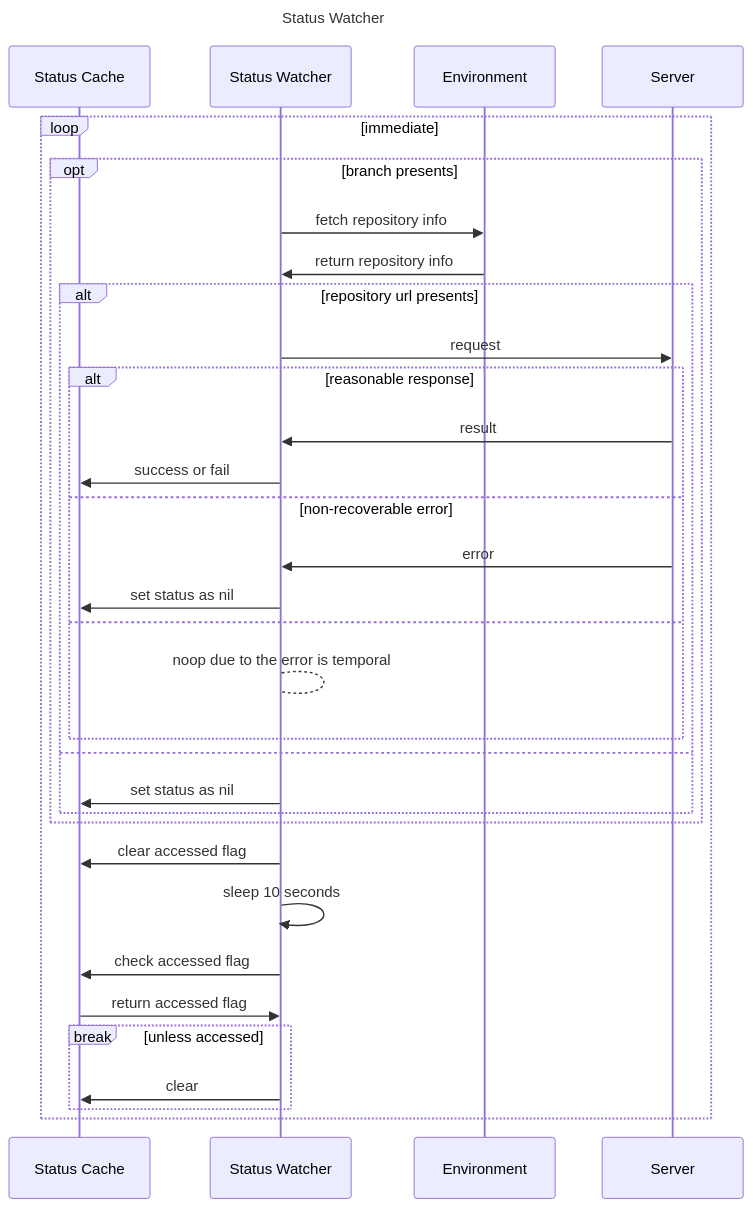
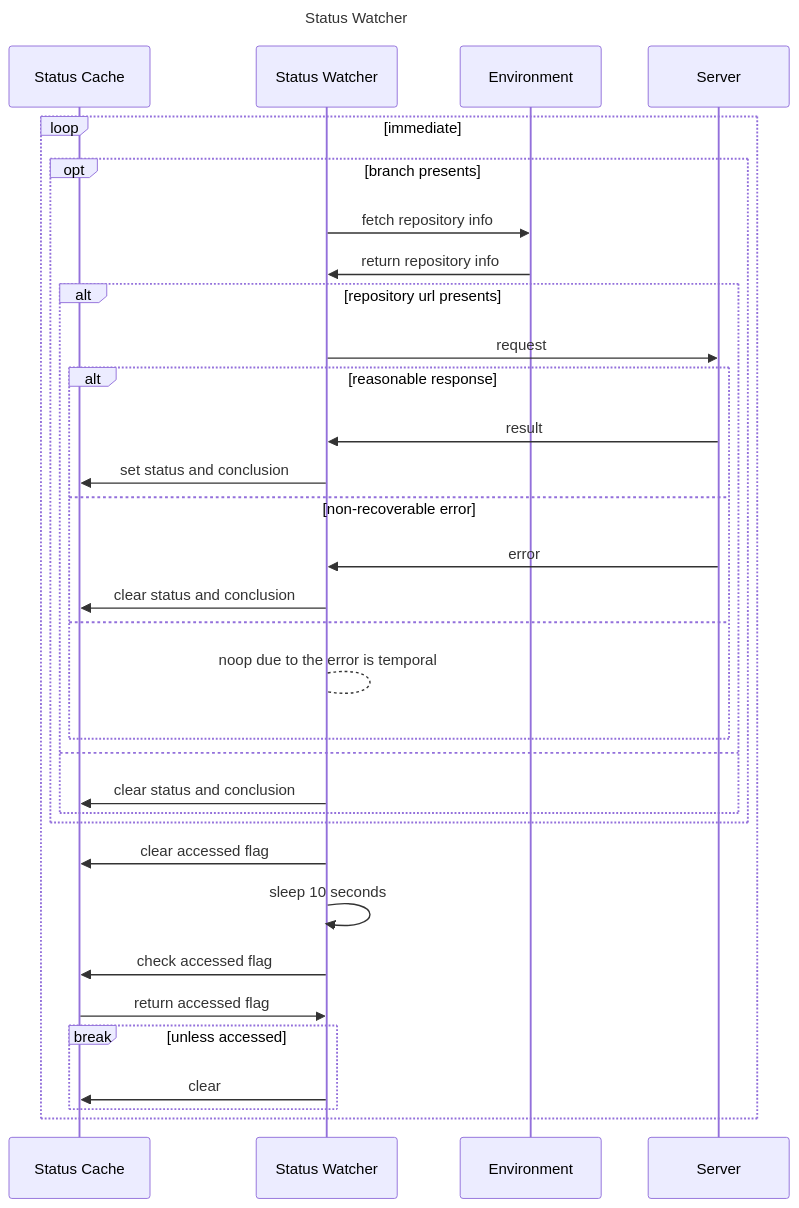
One commit to gitusp/gh-run-status.nvim changed the third of 3 diagrams in doc/sequence.md. Above: the diagram before and after it, drawn with Mermaid.

Commit message:
Add conclusion

````diff
--- a/doc/sequence.md
+++ b/doc/sequence.md
@@ -60,37 +60,37 @@
 ```mermaid
 ---
 title: Status Watcher
 ---
 sequenceDiagram
     participant Status Cache
     participant Status Watcher
     participant Environment
     participant Server
     loop immediate
         opt branch presents
             Status Watcher->>Environment: fetch repository info
             Environment->>Status Watcher: return repository info
             alt repository url presents
                 Status Watcher->>Server: request
                 alt reasonable response
                     Server->>Status Watcher: result
-                    Status Watcher->>Status Cache: success or fail
+                    Status Watcher->>Status Cache: set status and conclusion
                 else non-recoverable error
                     Server->>Status Watcher: error
-                    Status Watcher->>Status Cache: set status as nil
+                    Status Watcher->>Status Cache: clear status and conclusion
                 else
                     Status Watcher-->Status Watcher: noop due to the error is temporal
                 end
             else
-                Status Watcher->>Status Cache: set status as nil
+                Status Watcher->>Status Cache: clear status and conclusion
             end
         end
         Status Watcher->>Status Cache: clear accessed flag
         Status Watcher->>Status Watcher: sleep 10 seconds
         Status Watcher->>Status Cache: check accessed flag
         Status Cache->>Status Watcher: return accessed flag
         break unless accessed
             Status Watcher->>Status Cache: clear
         end
     end
 ```
````
